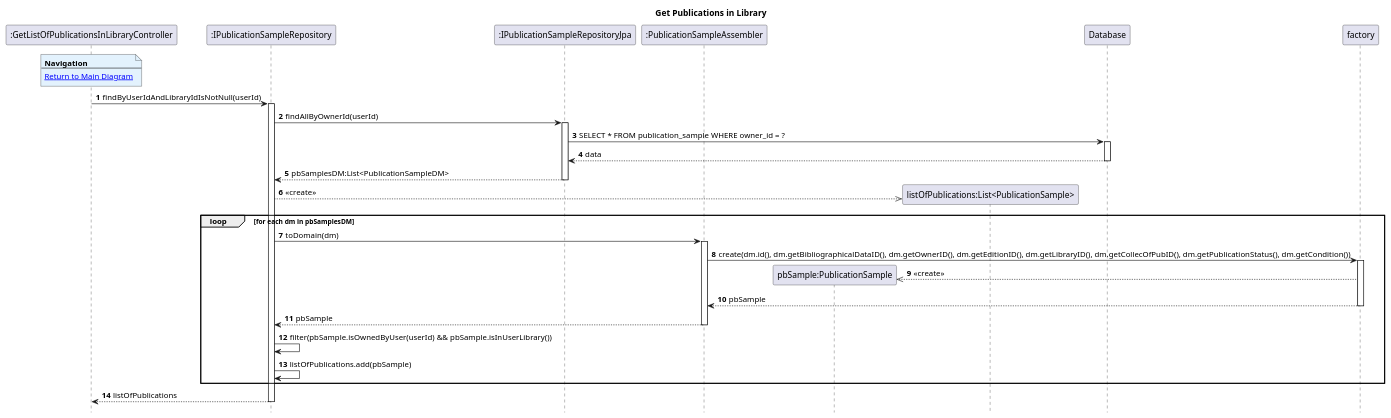
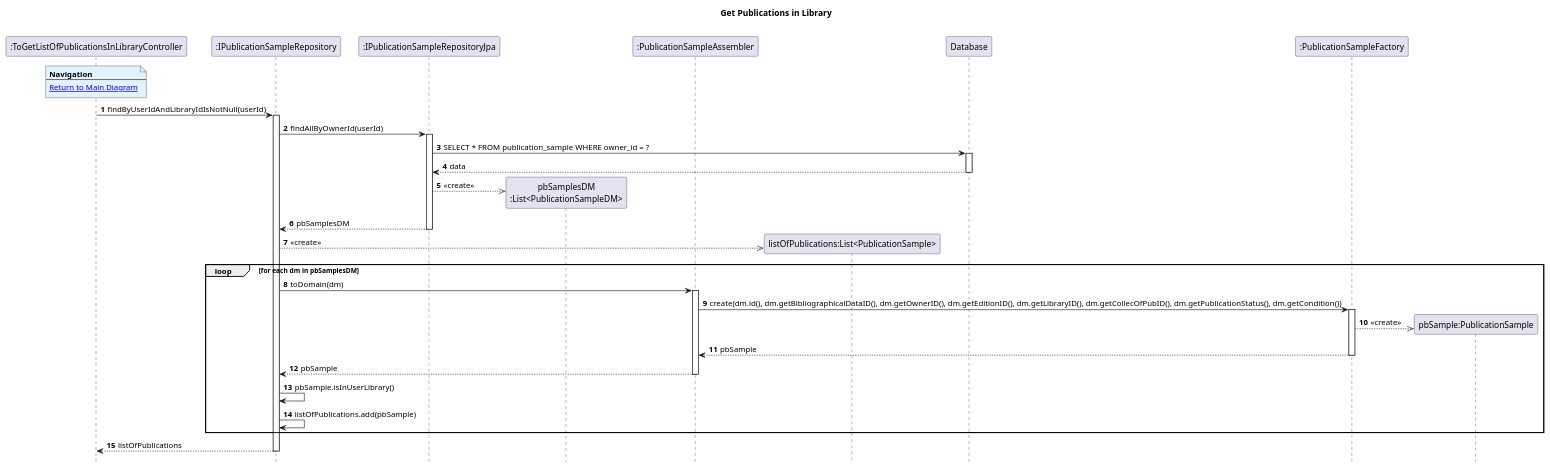
Before and after one commit to AndrePereiraGitH/SWitCH-Project-Team_A: the diagram in Diagrams/SequenceDiagrams/N2/To-Get-List-Of-Publications-In-My-Library/3.GetPublicationsInLibrary.puml, drawn with PlantUML. The commit also changed 5 other files, not shown here.

```diff
--- a/Diagrams/SequenceDiagrams/N2/To-Get-List-Of-Publications-In-My-Library/3.GetPublicationsInLibrary.puml
+++ b/Diagrams/SequenceDiagrams/N2/To-Get-List-Of-Publications-In-My-Library/3.GetPublicationsInLibrary.puml
@@ -1,53 +1,59 @@
 @startuml
 hide footbox
 autonumber
 title Get Publications in Library
 
-participant ":GetListOfPublicationsInLibraryController" as Ctrl
+participant ":ToGetListOfPublicationsInLibraryController" as Ctrl
 participant ":IPublicationSampleRepository" as pubSampleRepo
 participant ":IPublicationSampleRepositoryJpa" as pbJpa
+participant "pbSamplesDM\n:List<PublicationSampleDM>" as pbSamplesDM
 participant ":PublicationSampleAssembler" as pbAssembler
-participant "pbSample:PublicationSample" as pbDomain
 participant "listOfPublications:List<PublicationSample>" as ListPubs
 participant "Database" as db
+participant ":PublicationSampleFactory" as factory
+participant "pbSample:PublicationSample" as pbDomain
 
 note over Ctrl #E3F2FD
 <b>Navigation</b>
 ---
 [[1.MainDiagram.puml Return to Main Diagram]]
 end note
 
 Ctrl -> pubSampleRepo: findByUserIdAndLibraryIdIsNotNull(userId)
 activate pubSampleRepo
 
 pubSampleRepo -> pbJpa: findAllByOwnerId(userId)
 activate pbJpa
 
 pbJpa -> db: SELECT * FROM publication_sample WHERE owner_id = ?
 activate db
 db --> pbJpa: data
 deactivate db
 
-pbJpa --> pubSampleRepo: pbSamplesDM:List<PublicationSampleDM>
+pbJpa -->> pbSamplesDM **: <<create>>
+
+pbJpa --> pubSampleRepo: pbSamplesDM
+
 deactivate pbJpa
 
 pubSampleRepo -->> ListPubs **: <<create>>
+
 
 loop for each dm in pbSamplesDM
     pubSampleRepo -> pbAssembler: toDomain(dm)
     activate pbAssembler
     pbAssembler -> factory: create(dm.id(), dm.getBibliographicalDataID(), dm.getOwnerID(), dm.getEditionID(), dm.getLibraryID(), dm.getCollecOfPubID(), dm.getPublicationStatus(), dm.getCondition())
     activate factory
     factory -->> pbDomain **: <<create>>
     factory --> pbAssembler: pbSample
     deactivate factory
     pbAssembler --> pubSampleRepo: pbSample
     deactivate pbAssembler
-    pubSampleRepo -> pubSampleRepo: filter(pbSample.isOwnedByUser(userId) && pbSample.isInUserLibrary())
+    pubSampleRepo -> pubSampleRepo: pbSample.isInUserLibrary()
     pubSampleRepo -> pubSampleRepo: listOfPublications.add(pbSample)
 end
 
 pubSampleRepo --> Ctrl: listOfPublications
 deactivate pubSampleRepo
 
 @enduml
```
